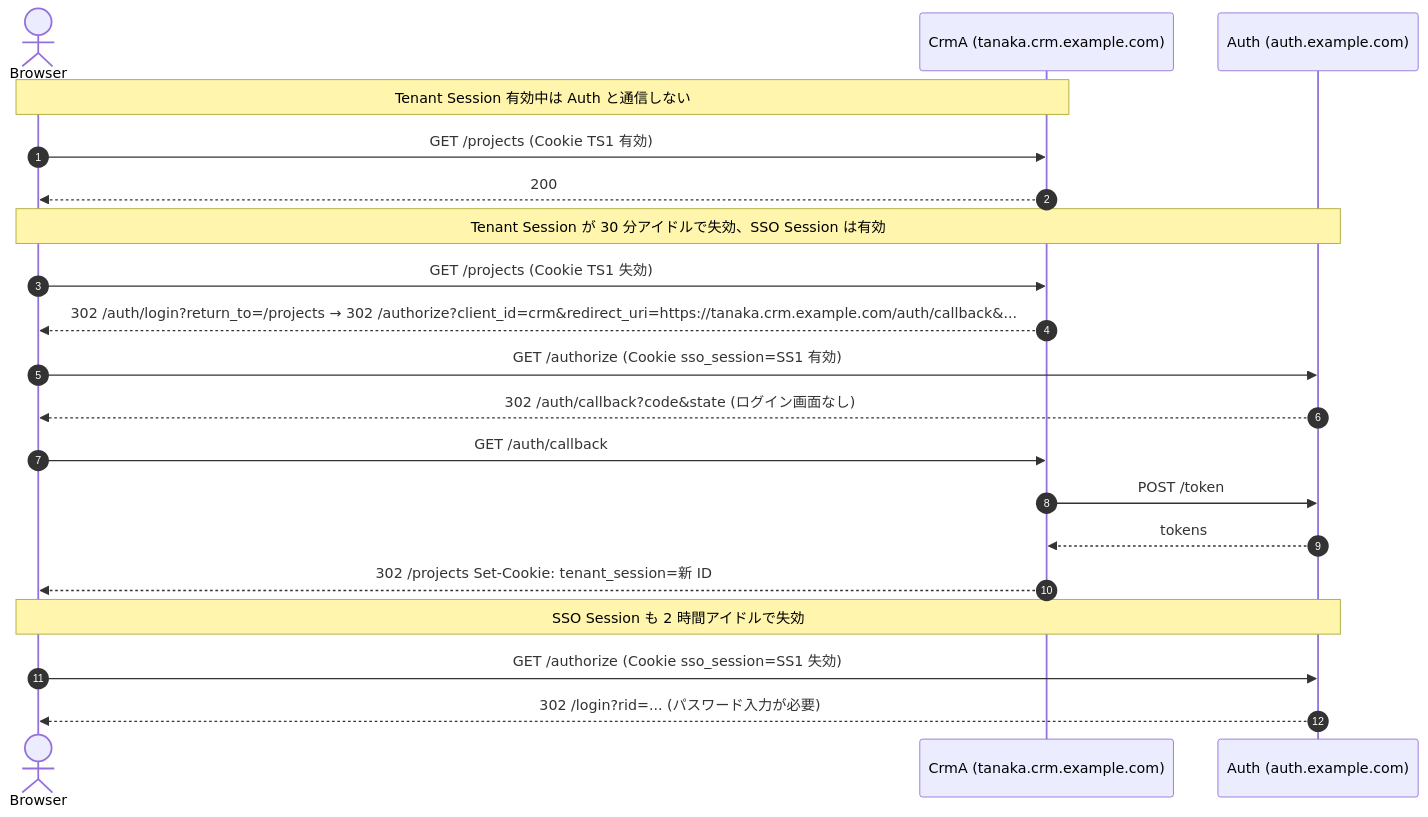
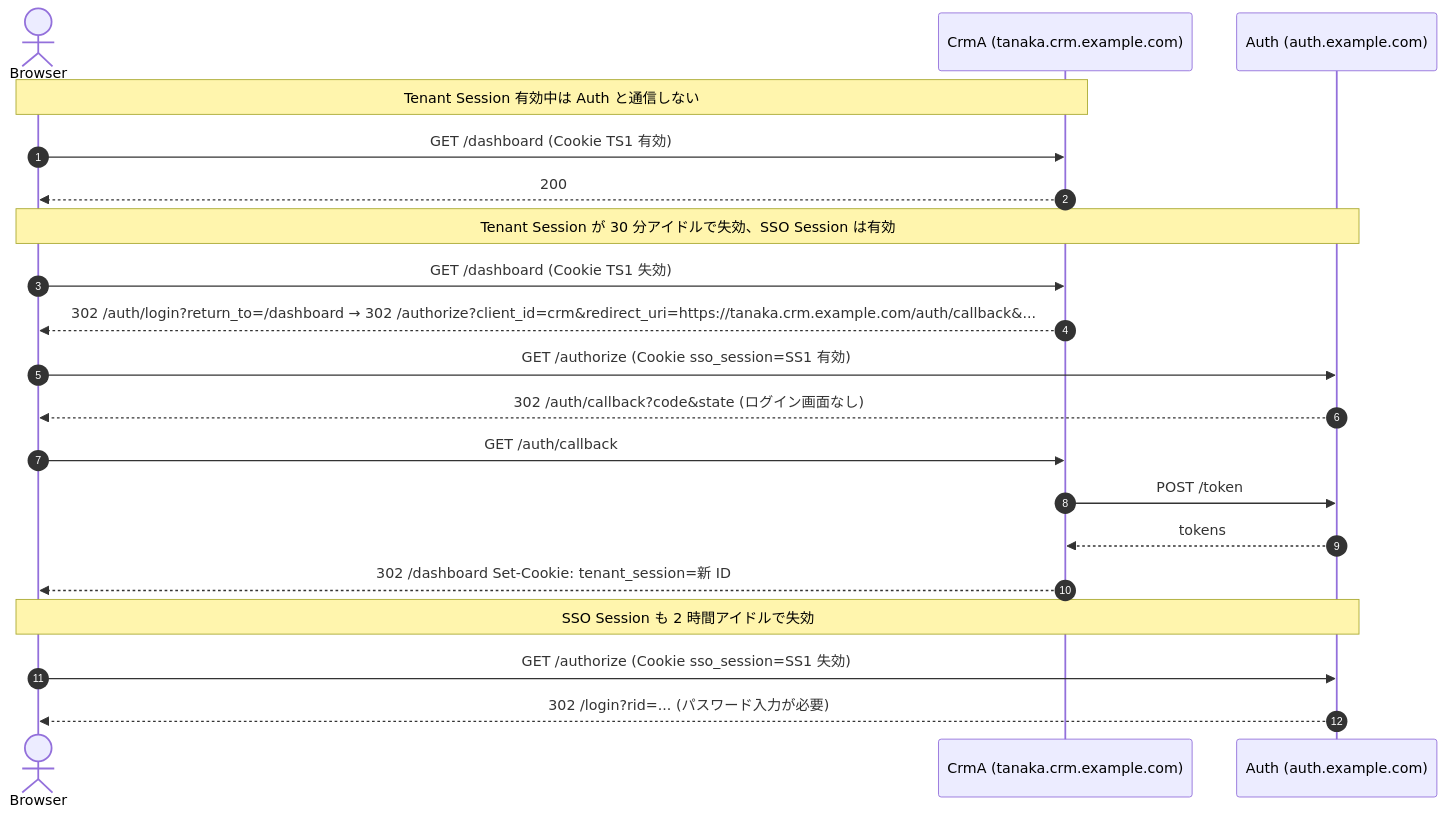
One commit to daisuke-tanabe/multi-domain-sandbox changed the sixth of 11 diagrams in docs/integration-guide.md. Above: the diagram before and after it, drawn with Mermaid. The commit also changed other lines of this file and 97 other files, not shown here.

````diff
--- a/docs/integration-guide.md
+++ b/docs/integration-guide.md
@@ -721,25 +769,25 @@
 ```mermaid
 sequenceDiagram
     autonumber
     actor Browser
     participant CrmA as CrmA (tanaka.crm.example.com)
     participant Auth as Auth (auth.example.com)
 
     Note over Browser,CrmA: Tenant Session 有効中は Auth と通信しない
-    Browser->>CrmA: GET /projects (Cookie TS1 有効)
+    Browser->>CrmA: GET /dashboard (Cookie TS1 有効)
     CrmA-->>Browser: 200
 
     Note over Browser,Auth: Tenant Session が 30 分アイドルで失効、SSO Session は有効
-    Browser->>CrmA: GET /projects (Cookie TS1 失効)
-    CrmA-->>Browser: 302 /auth/login?return_to=/projects → 302 /authorize?client_id=crm&redirect_uri=https://tanaka.crm.example.com/auth/callback&...
+    Browser->>CrmA: GET /dashboard (Cookie TS1 失効)
+    CrmA-->>Browser: 302 /auth/login?return_to=/dashboard → 302 /authorize?client_id=crm&redirect_uri=https://tanaka.crm.example.com/auth/callback&...
     Browser->>Auth: GET /authorize (Cookie sso_session=SS1 有効)
     Auth-->>Browser: 302 /auth/callback?code&state (ログイン画面なし)
     Browser->>CrmA: GET /auth/callback
     CrmA->>Auth: POST /token
     Auth-->>CrmA: tokens
-    CrmA-->>Browser: 302 /projects  Set-Cookie: tenant_session=新 ID
+    CrmA-->>Browser: 302 /dashboard  Set-Cookie: tenant_session=新 ID
 
     Note over Browser,Auth: SSO Session も 2 時間アイドルで失効
     Browser->>Auth: GET /authorize (Cookie sso_session=SS1 失効)
     Auth-->>Browser: 302 /login?rid=... (パスワード入力が必要)
 ```
````
